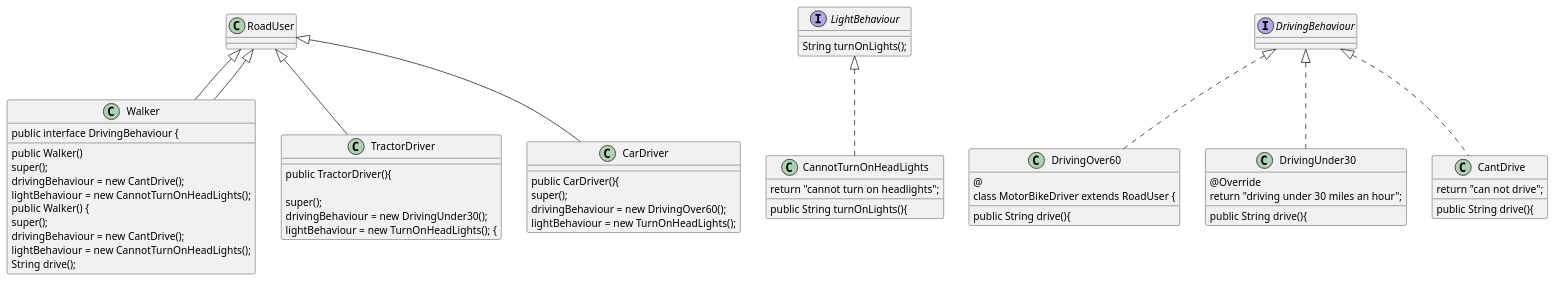
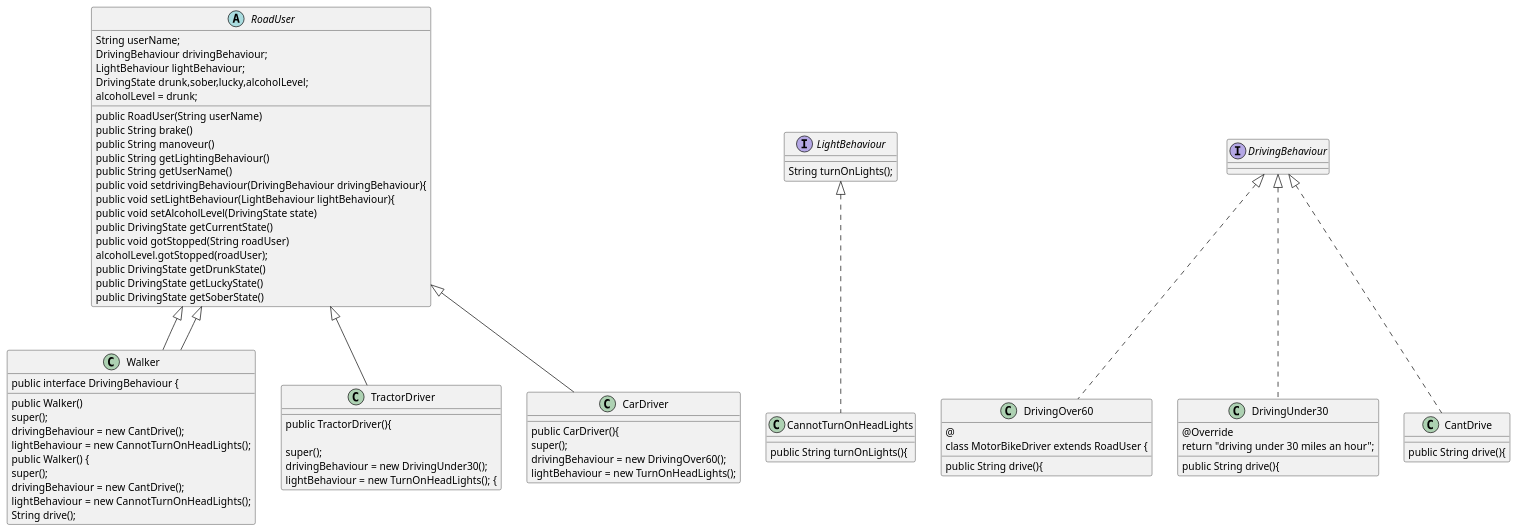
The diagram in plantUmlDiagrams/Strategy.puml (DeclanBU/Design_Patterns_Project), drawn with PlantUML before and after one commit. The commit also changed 8 other files, not shown here.

```diff
--- a/plantUmlDiagrams/Strategy.puml
+++ b/plantUmlDiagrams/Strategy.puml
@@ -1,71 +1,94 @@
 @startuml
 
  class Walker extends RoadUser {
 
    public Walker()
        super();
        drivingBehaviour = new CantDrive();
        lightBehaviour = new CannotTurnOnHeadLights();
 
 
 }
  class TractorDriver extends RoadUser {
 
 
     public TractorDriver(){
 
         super();
     drivingBehaviour = new DrivingUnder30();
     lightBehaviour = new TurnOnHeadLights(); {
 }
  class CarDriver extends RoadUser {
 
     public CarDriver(){
         super();
         drivingBehaviour = new DrivingOver60();
         lightBehaviour = new TurnOnHeadLights();
 
 }
  interface LightBehaviour {
     String turnOnLights();
 }
  class DrivingOver60 implements DrivingBehaviour {
 
     @
     public String drive(){
   class MotorBikeDriver extends RoadUser {
 
 }
  class DrivingUnder30 implements DrivingBehaviour {
 
     @Override
     public String drive(){
         return "driving under 30 miles an hour";
 
 }
  class Walker extends RoadUser {
 
    public Walker() {
        super();
        drivingBehaviour = new CantDrive();
        lightBehaviour = new CannotTurnOnHeadLights();
 
        public interface DrivingBehaviour {
            String drive();
 
 
    }
    class CannotTurnOnHeadLights implements LightBehaviour {
 
 
        public String turnOnLights(){
-           return "cannot turn on headlights";
+
 
    }
    class CantDrive implements DrivingBehaviour {
 
        public String drive(){
-           return "can not drive";
+
+
+   }
+   abstract class RoadUser {
+       String userName;
+       DrivingBehaviour drivingBehaviour;
+       LightBehaviour lightBehaviour;
+      DrivingState drunk,sober,lucky,alcoholLevel;
+       public RoadUser(String userName)
+           alcoholLevel = drunk;
+       public String brake()
+       public String manoveur()
+       public String getLightingBehaviour()
+       public String getUserName()
+        public void setdrivingBehaviour(DrivingBehaviour drivingBehaviour){
+       public void setLightBehaviour(LightBehaviour lightBehaviour){
+       public void setAlcoholLevel(DrivingState state)
+        public DrivingState getCurrentState()
+      public void gotStopped(String roadUser)
+       alcoholLevel.gotStopped(roadUser);
+   public DrivingState getDrunkState()
+       public DrivingState getLuckyState()
+       public DrivingState getSoberState()
+
 
    }
 @enduml
```
